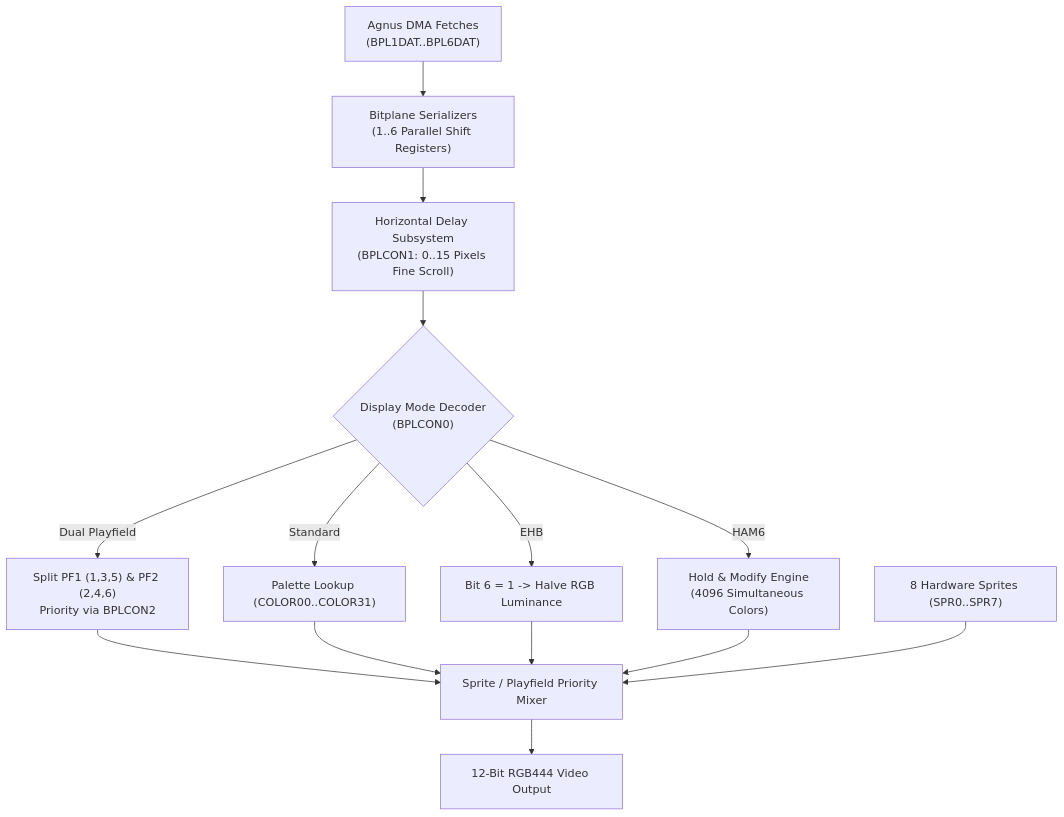
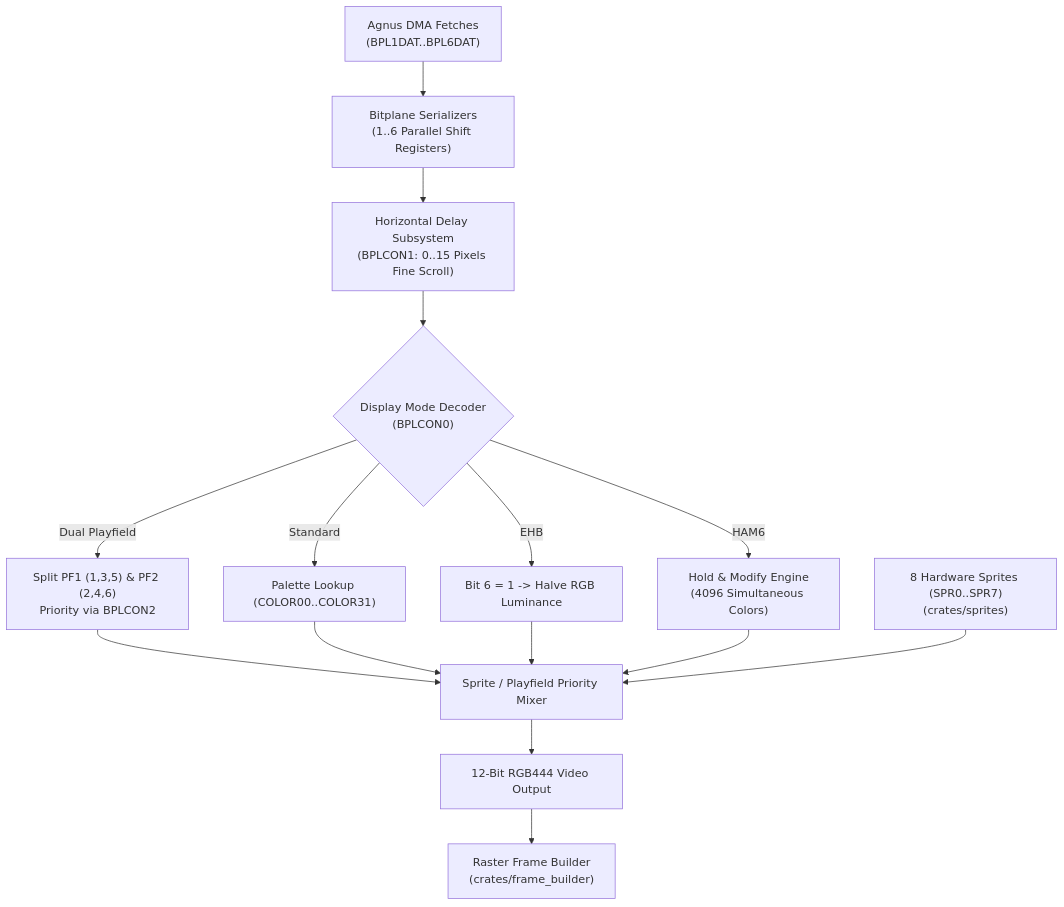
The diagram in Obsidian/Amiga/Design/Denise.md (tomek-anuszkiewicz/amiga-studio), drawn with Mermaid before and after one commit. The commit also changed other lines of this file and 11 other files, not shown here.

````diff
--- a/Obsidian/Amiga/Design/Denise.md
+++ b/Obsidian/Amiga/Design/Denise.md
@@ -118,19 +117,20 @@
 ```mermaid
 flowchart TD
     DMA["Agnus DMA Fetches\n(BPL1DAT..BPL6DAT)"] --> SHIFT["Bitplane Serializers\n(1..6 Parallel Shift Registers)"]
     SHIFT --> SCROLL["Horizontal Delay Subsystem\n(BPLCON1: 0..15 Pixels Fine Scroll)"]
     SCROLL --> MODE_DECODE{"Display Mode Decoder\n(BPLCON0)"}
     
     MODE_DECODE -->|Standard| LUT["Palette Lookup (COLOR00..COLOR31)"]
     MODE_DECODE -->|Dual Playfield| DPF["Split PF1 (1,3,5) & PF2 (2,4,6)\nPriority via BPLCON2"]
     MODE_DECODE -->|EHB| EHB["Bit 6 = 1 -> Halve RGB Luminance"]
     MODE_DECODE -->|HAM6| HAM["Hold & Modify Engine\n(4096 Simultaneous Colors)"]
     
     DPF --> PRIORITY["Sprite / Playfield Priority Mixer"]
     LUT --> PRIORITY
     EHB --> PRIORITY
     HAM --> PRIORITY
     
-    SPRITES["8 Hardware Sprites (SPR0..SPR7)"] --> PRIORITY
+    SPRITES["8 Hardware Sprites (SPR0..SPR7)\n(crates/sprites)"] --> PRIORITY
     PRIORITY --> RGB_OUT["12-Bit RGB444 Video Output"]
+    RGB_OUT --> FB["Raster Frame Builder\n(crates/frame_builder)"]
 ```
````
